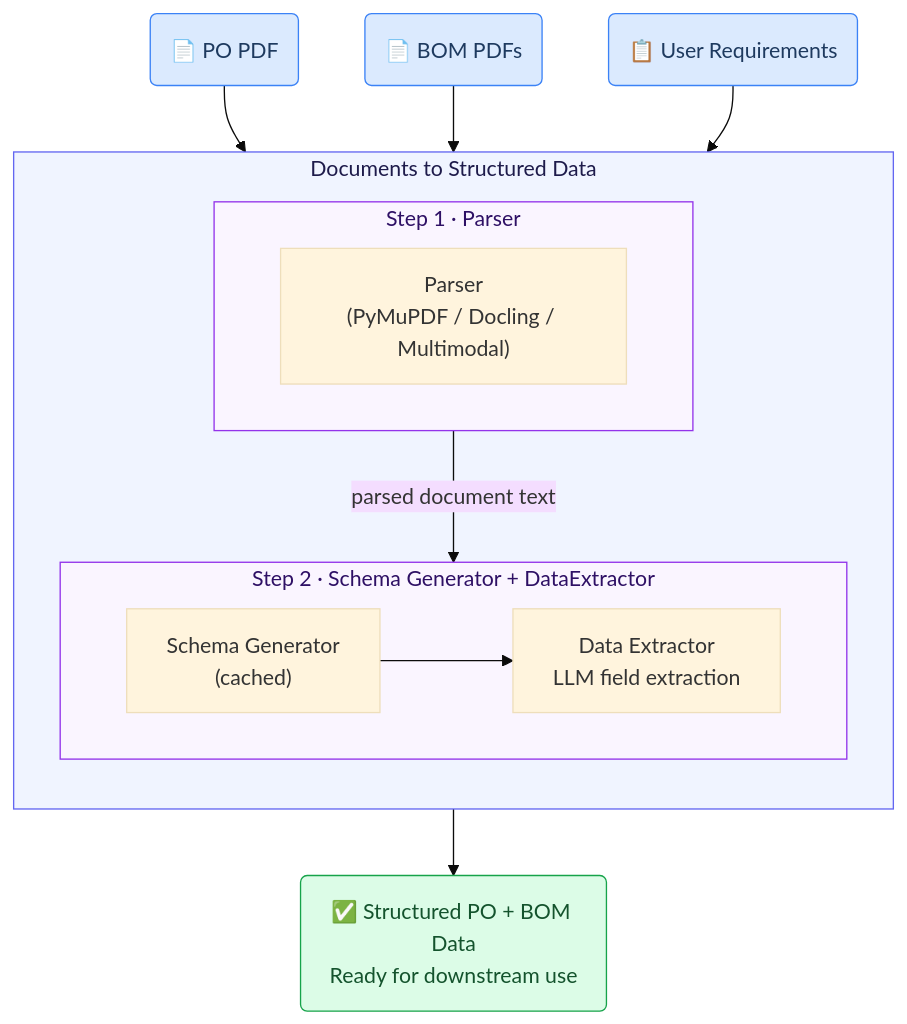
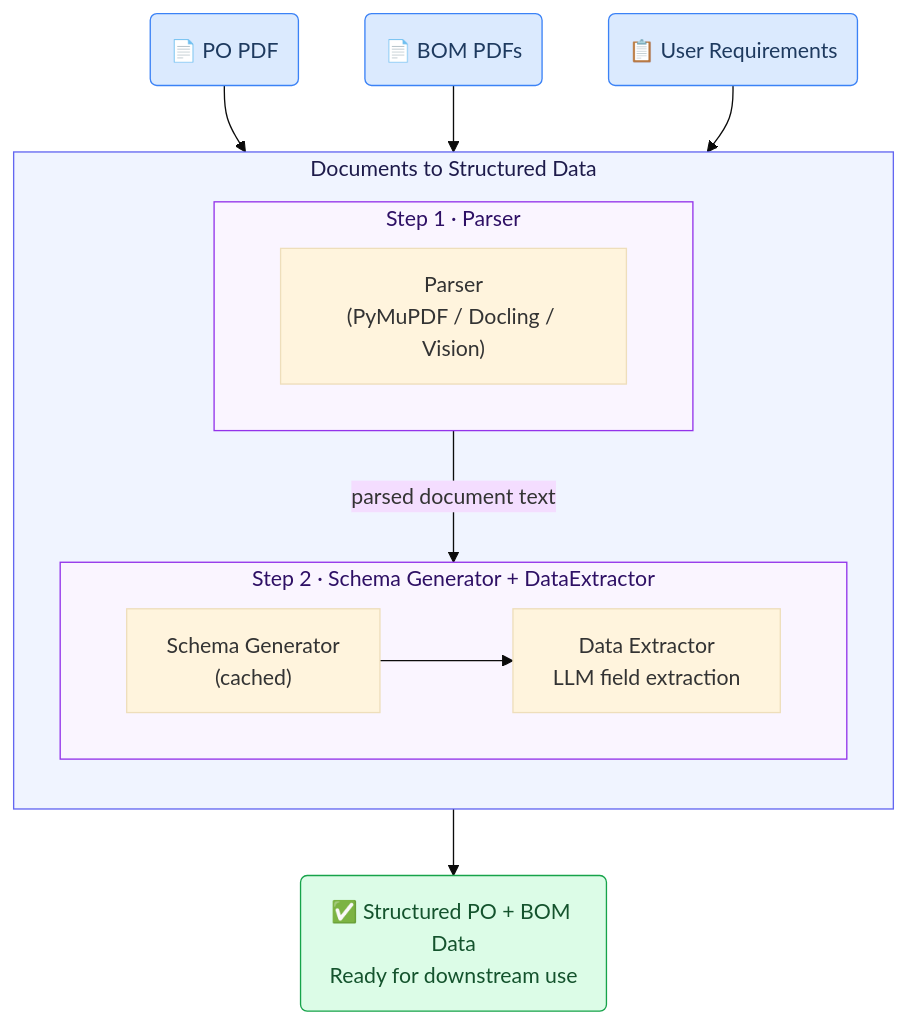
The fifth of 5 diagrams in guidance_layer/website/content/docs/use-cases/purchase-order-processing.mdx (GAIK-project/gaik-toolkit), drawn with Mermaid (base theme) before and after one commit. The commit also changed 13 other files, not shown here.

````diff
--- a/guidance_layer/website/content/docs/use-cases/purchase-order-processing.mdx
+++ b/guidance_layer/website/content/docs/use-cases/purchase-order-processing.mdx
@@ -281,32 +281,32 @@
 ```mermaid
 flowchart TD
     IN1("📄 PO PDF") --> MOD
     IN2("📄 BOM PDFs") --> MOD
     IN4("📋 User Requirements") --> MOD
 
     subgraph MOD["Documents to Structured Data"]
         direction TB
 
         subgraph PA["Step 1 · Parser"]
             direction LR
-            PAR["Parser\n(PyMuPDF / Docling / Multimodal)"]
+            PAR["Parser\n(PyMuPDF / Docling / Vision)"]
         end
 
         subgraph PB["Step 2 · Schema Generator + DataExtractor"]
             direction LR
             SG["Schema Generator\n(cached)"] --> EXTR["Data Extractor\nLLM field extraction"]
         end
 
         PA -->|"parsed document text"| PB
     end
 
     MOD --> STRUC("✅ Structured PO + BOM Data\nReady for downstream use")
 
     style IN1 fill:#dbeafe,stroke:#3b82f6,color:#1e3a5f
     style IN2 fill:#dbeafe,stroke:#3b82f6,color:#1e3a5f
     style IN4 fill:#dbeafe,stroke:#3b82f6,color:#1e3a5f
     style STRUC fill:#dcfce7,stroke:#16a34a,color:#14532d
     style MOD fill:#f0f4ff,stroke:#6366f1,color:#1e1b4b
     style PA fill:#faf5ff,stroke:#9333ea,color:#2e1065
     style PB fill:#faf5ff,stroke:#9333ea,color:#2e1065
 ```
````
